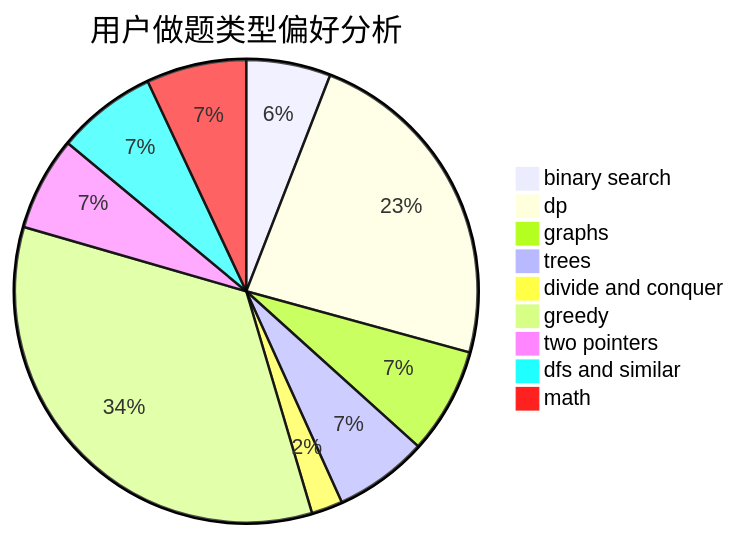
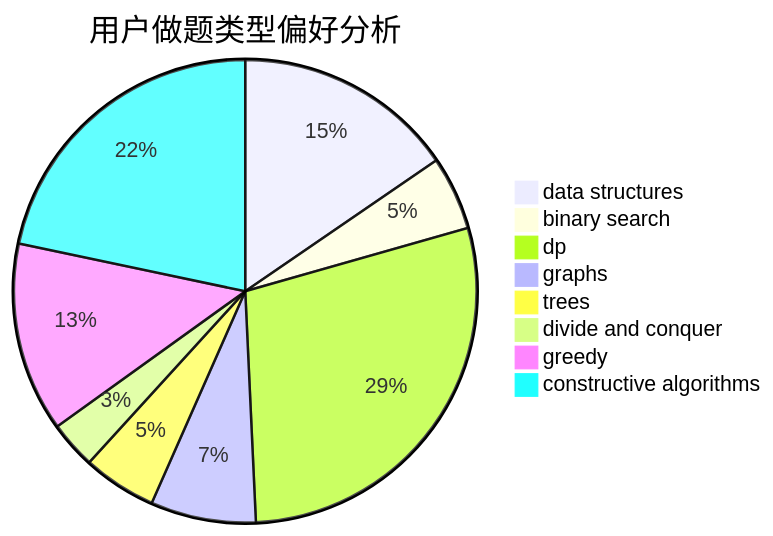
Before and after one commit to sherpahu/cfrs.github.io: the second of 3 diagrams in docs/user/u1637.md, drawn with Mermaid. The commit also changed other lines of this file and 2775 other files, not shown here.

````diff
--- a/docs/user/u1637.md
+++ b/docs/user/u1637.md
@@ -23,12 +23,11 @@
 ```mermaid
 pie title 用户做题类型偏好分析
-    "binary search" :  27
-    "dp" :  107
-    "graphs" :  34
-    "trees" :  30
-    "divide and conquer" :  10
-    "greedy" :  156
-    "two pointers" :  30
-    "dfs and similar" :  32
-    "math" :  32
+    "data structures" :  42
+    "binary search" :  14
+    "dp" :  78
+    "graphs" :  20
+    "trees" :  14
+    "divide and conquer" :  9
+    "greedy" :  36
+    "constructive algorithms" :  59
 ```
````
